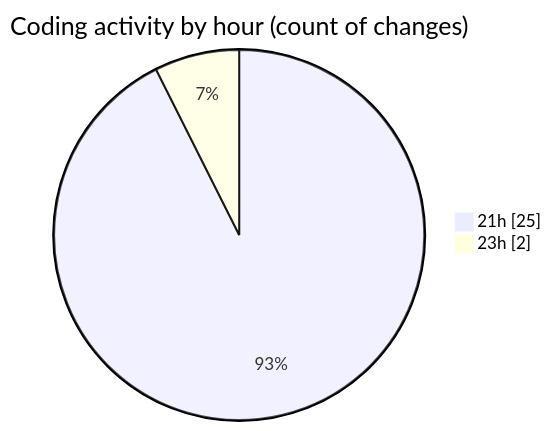
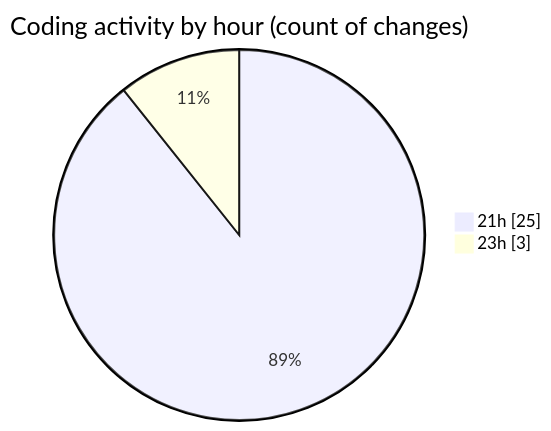
The second of 2 diagrams in 2025-08-06/fish/README.md (EIIisD/code-tracking), drawn with Mermaid before and after one commit. The commit also changed other lines of this file and 1 other file, not shown here.

````diff
--- a/2025-08-06/fish/README.md
+++ b/2025-08-06/fish/README.md
@@ -30,6 +32,6 @@
 ```mermaid
 pie showData
 title Coding activity by hour (count of changes)
 "21h" : 25
-"23h" : 2
+"23h" : 3
 ```
````
